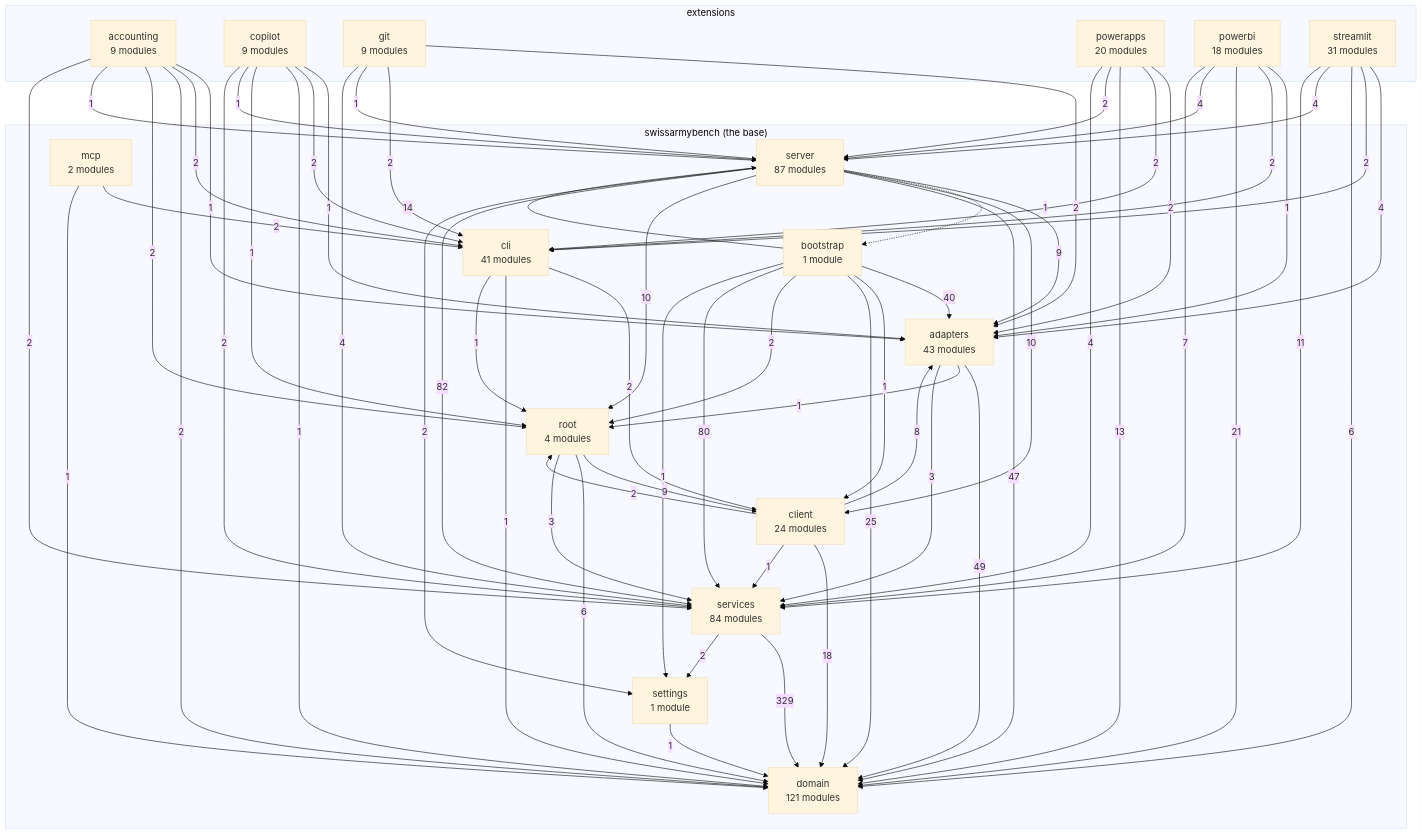
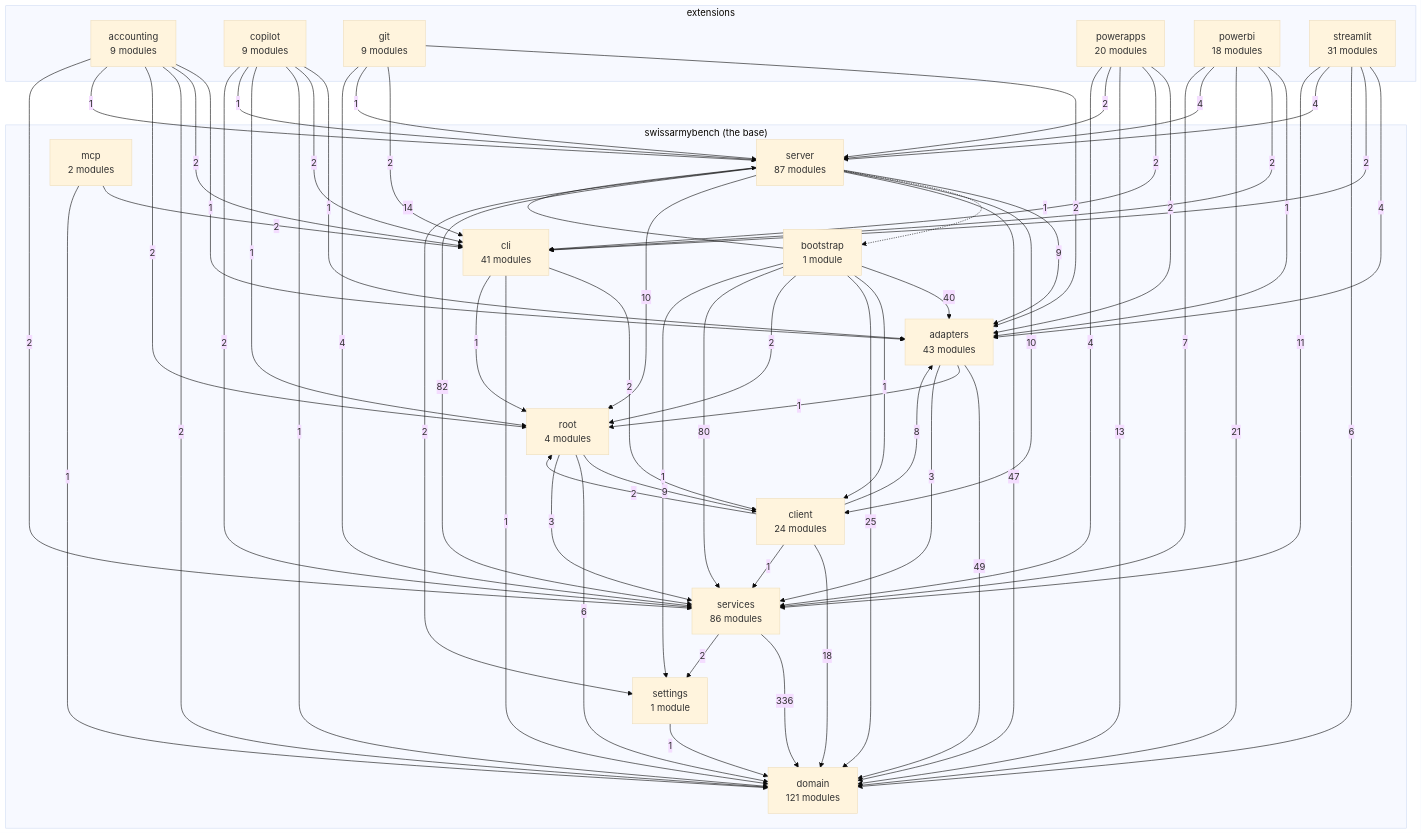
One commit to DylanCodyBrown/SwissArmyBench changed the diagram in docs/architecture-map.md. Above: the diagram before and after it, drawn with Mermaid (base theme). The commit also changed other lines of this file and 4 other files, not shown here.

````diff
--- a/docs/architecture-map.md
+++ b/docs/architecture-map.md
@@ -19,7 +19,7 @@
     subgraph base["swissarmybench (the base)"]
         domain["domain<br/>121 modules"]
         settings["settings<br/>1 module"]
-        services["services<br/>84 modules"]
+        services["services<br/>86 modules"]
         adapters["adapters<br/>43 modules"]
         cli["cli<br/>41 modules"]
         client["client<br/>24 modules"]
@@ -96,7 +96,7 @@
     server -->|10| root
     server -->|82| services
     server -->|2| settings
-    services -->|329| domain
+    services -->|336| domain
     services -->|2| settings
     settings -->|1| domain
 ```
````
